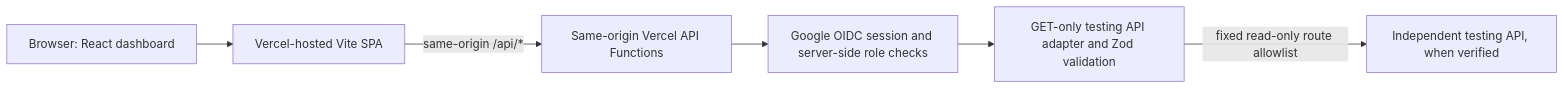
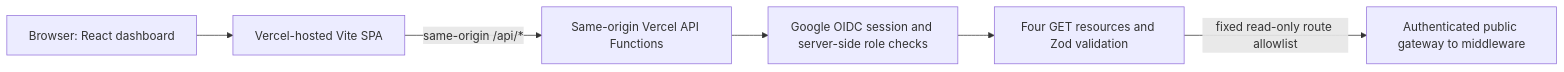
One commit to mcwachira/zoho-armco-dashboard changed the diagram in README.md. Above: the diagram before and after it, drawn with Mermaid. The commit also changed other lines of this file and 15 other files, not shown here.

````diff
--- a/README.md
+++ b/README.md
@@ -28,14 +28,14 @@
 ```mermaid
 flowchart LR
   Browser[Browser: React dashboard]
   SPA[Vercel-hosted Vite SPA]
   API[Same-origin Vercel API Functions]
   Auth[Google OIDC session and server-side role checks]
-  Adapter[GET-only testing API adapter and Zod validation]
-  TestAPI[Independent testing API, when verified]
+  Adapter[Four GET resources and Zod validation]
+  TestAPI[Authenticated public gateway to middleware]
   Browser --> SPA
   SPA -->|same-origin /api/*| API
   API --> Auth
   Auth --> Adapter
   Adapter -->|fixed read-only route allowlist| TestAPI
 ```
````
